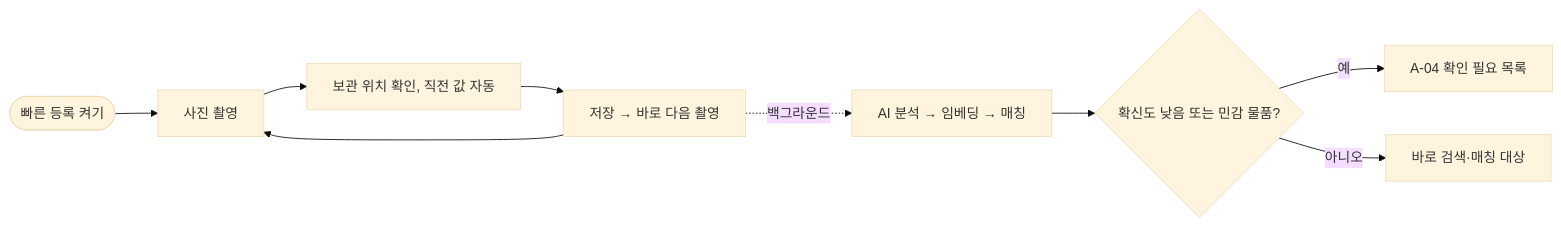
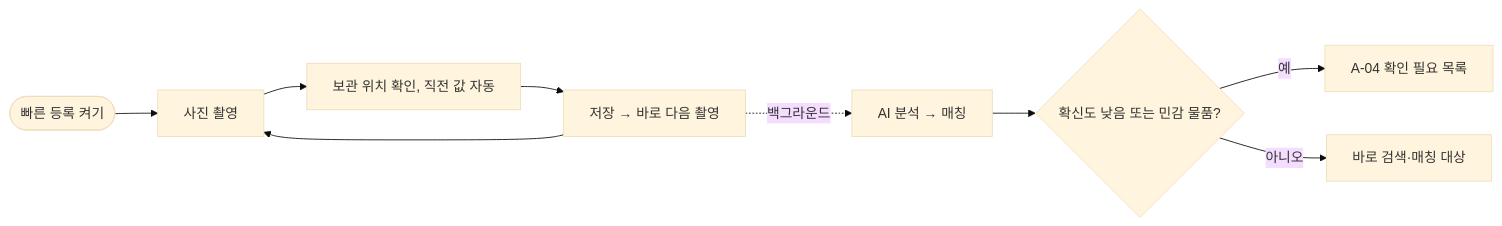
The third of 13 diagrams in docs/02-user-flows.md (wjddns0122/itsme), drawn with Mermaid (base theme) before and after one commit. The commit also changed other lines of this file and 19 other files, not shown here.

````diff
--- a/docs/02-user-flows.md
+++ b/docs/02-user-flows.md
@@ -63,11 +63,11 @@
 ```mermaid
 flowchart LR
     R0(["빠른 등록 켜기"]) --> R1["사진 촬영"]
     R1 --> R2["보관 위치 확인, 직전 값 자동"]
     R2 --> R3["저장 → 바로 다음 촬영"]
     R3 --> R1
-    R3 -.->|"백그라운드"| R4["AI 분석 → 임베딩 → 매칭"]
+    R3 -.->|"백그라운드"| R4["AI 분석 → 매칭"]
     R4 --> R5{"확신도 낮음 또는 민감 물품?"}
     R5 -->|"예"| R6["A-04 확인 필요 목록"]
     R5 -->|"아니오"| R7["바로 검색·매칭 대상"]
 ```
````
